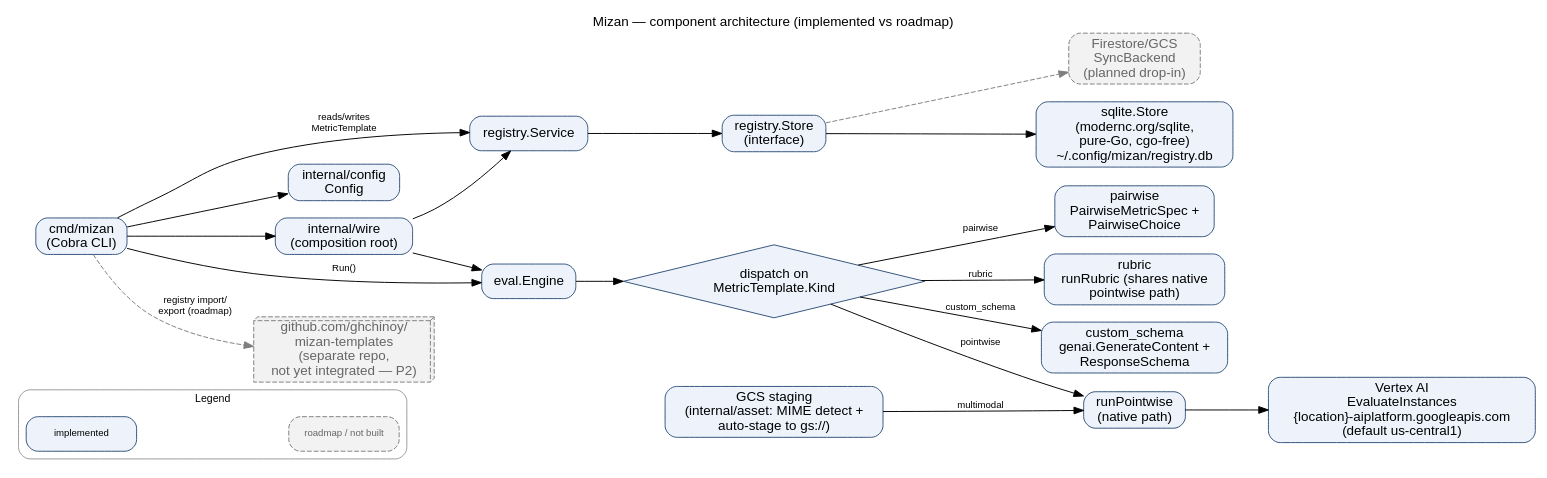
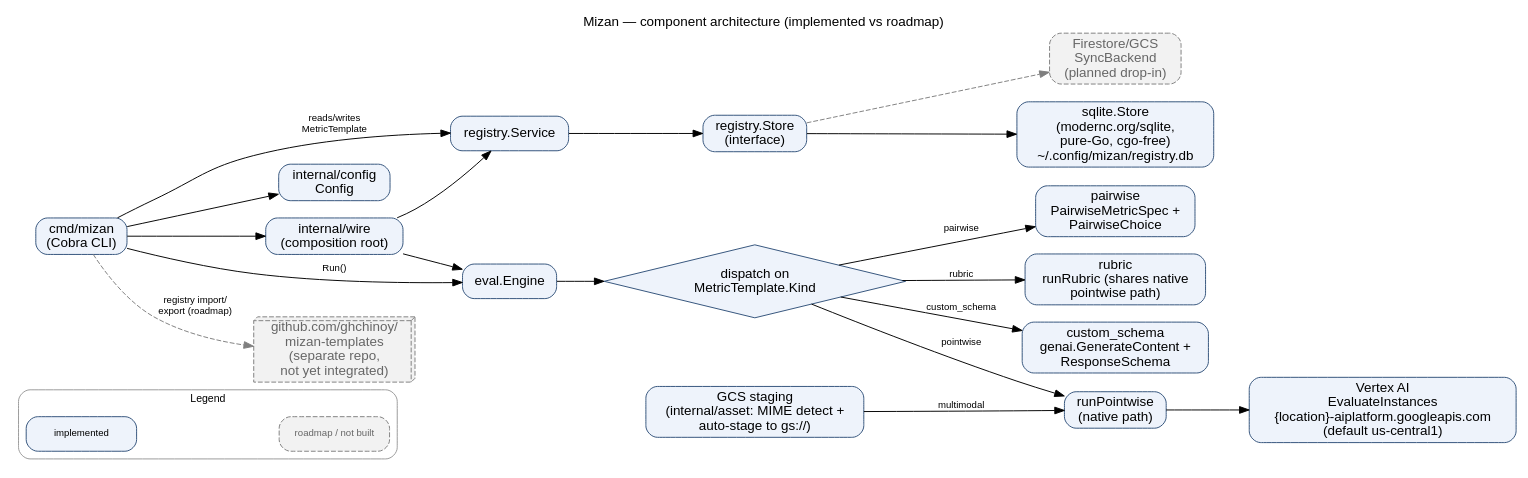
One commit to ghchinoy/mizan changed the diagram in docs/diagrams/component-architecture.dot. Above: the diagram before and after it, drawn with Graphviz. The commit also changed 3 other files, not shown here.

First line of the commit message:
chore(diagram): drop baked P2 phase token; phase-free alt text

```diff
--- a/docs/diagrams/component-architecture.dot
+++ b/docs/diagrams/component-architecture.dot
@@ -1,71 +1,71 @@
 digraph MizanComponents {
   // Mizan component/architecture diagram.
   // Solid = implemented and verified working today.
   // Dashed/grey = roadmap, not built yet.
   rankdir=LR;
   fontname="Helvetica";
   node [fontname="Helvetica", shape=box, style="rounded,filled", fillcolor="#eef3fb", color="#31517a"];
   edge [fontname="Helvetica", fontsize=10];
 
   labelloc="t";
   label="Mizan — component architecture (implemented vs roadmap)";
 
   // Legend
   subgraph cluster_legend {
     label="Legend";
     fontsize=11;
     style="rounded";
     color="#999999";
     node [shape=box, fontsize=10, width=1.6];
     legend_impl [label="implemented", style="rounded,filled", fillcolor="#eef3fb", color="#31517a"];
     legend_road [label="roadmap / not built", style="rounded,dashed,filled", fillcolor="#f2f2f2", color="gray50", fontcolor="gray40"];
     legend_impl -> legend_road [style=invis];
   }
 
   cli [label="cmd/mizan\n(Cobra CLI)"];
   wire [label="internal/wire\n(composition root)"];
   config [label="internal/config\nConfig"];
   regsvc [label="registry.Service"];
   engine [label="eval.Engine"];
 
   cli -> wire;
   wire -> regsvc;
   wire -> engine;
   cli -> config;
   cli -> regsvc [label="reads/writes\nMetricTemplate"];
   cli -> engine [label="Run()"];
 
   // Registry store side
   store_iface [label="registry.Store\n(interface)"];
   sqlite [label="sqlite.Store\n(modernc.org/sqlite,\npure-Go, cgo-free)\n~/.config/mizan/registry.db"];
   syncbackend [label="Firestore/GCS\nSyncBackend\n(planned drop-in)", style="rounded,dashed,filled", fillcolor="#f2f2f2", color="gray50", fontcolor="gray40"];
 
   regsvc -> store_iface;
   store_iface -> sqlite;
   store_iface -> syncbackend [style=dashed, color="gray50"];
 
   // Engine dispatch
   dispatch [label="dispatch on\nMetricTemplate.Kind", shape=diamond, style="filled", fillcolor="#eef3fb", color="#31517a"];
   engine -> dispatch;
 
   native [label="runPointwise\n(native path)"];
   evalinstances [label="Vertex AI\nEvaluateInstances\n{location}-aiplatform.googleapis.com\n(default us-central1)"];
   dispatch -> native [label="pointwise"];
   native -> evalinstances;
 
   pairwise [label="pairwise\nPairwiseMetricSpec +\nPairwiseChoice"];
   rubric [label="rubric\nrunRubric (shares native\npointwise path)"];
   customschema [label="custom_schema\ngenai.GenerateContent +\nResponseSchema"];
 
   dispatch -> pairwise [label="pairwise"];
   dispatch -> rubric [label="rubric"];
   dispatch -> customschema [label="custom_schema"];
 
   gcsstaging [label="GCS staging\n(internal/asset: MIME detect +\nauto-stage to gs://)"];
   gcsstaging -> native [label="multimodal"];
 
-  templates_repo [label="github.com/ghchinoy/\nmizan-templates\n(separate repo,\nnot yet integrated — P2)", shape=box3d, style="rounded,dashed,filled", fillcolor="#f2f2f2", color="gray50", fontcolor="gray40"];
+  templates_repo [label="github.com/ghchinoy/\nmizan-templates\n(separate repo,\nnot yet integrated)", shape=box3d, style="rounded,dashed,filled", fillcolor="#f2f2f2", color="gray50", fontcolor="gray40"];
   cli -> templates_repo [style=dashed, color="gray50", label="registry import/\nexport (roadmap)"];
 
   { rank=same; native; pairwise; rubric; customschema; }
 }
```
